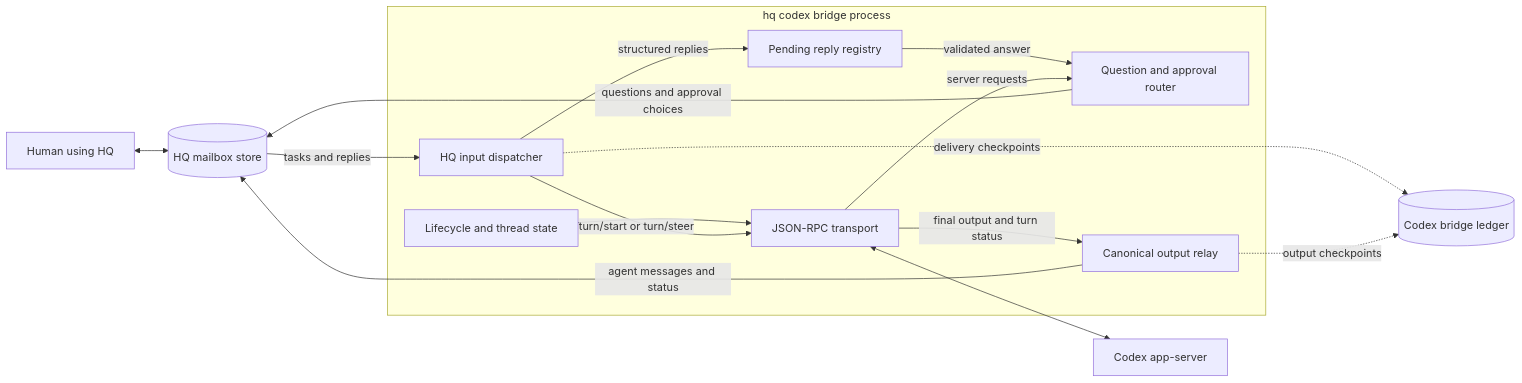
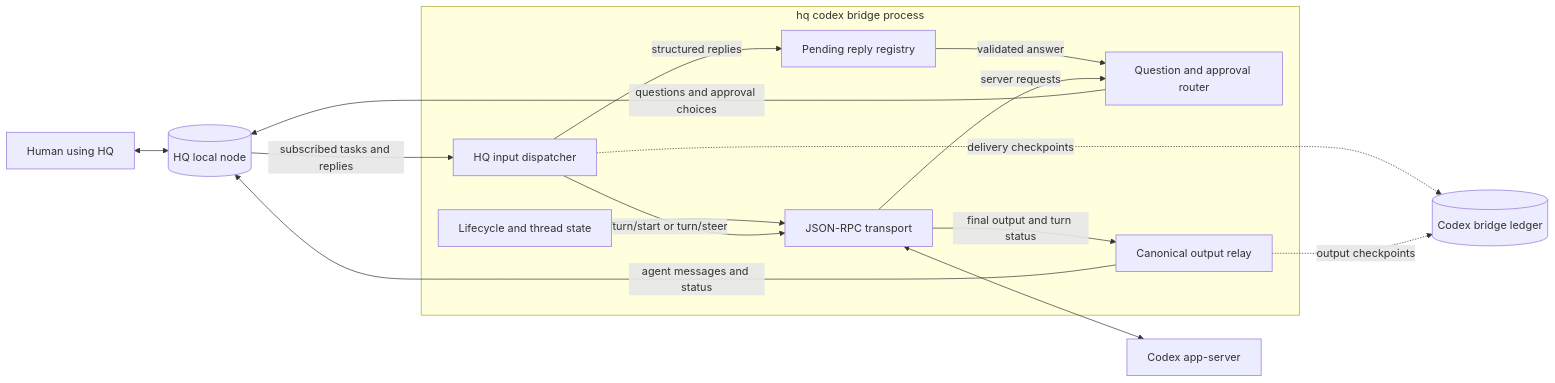
The diagram in README.md (wbbradley/hq), drawn with Mermaid before and after one commit. The commit also changed other lines of this file and 10 other files, not shown here.

Commit message:
feat: complete local node integration

````diff
--- a/README.md
+++ b/README.md
@@ -76,28 +76,28 @@
 ```mermaid
 flowchart LR
-    Human[Human using HQ] <--> Store[(HQ mailbox store)]
+    Human[Human using HQ] <--> Node[(HQ local node)]
 
     subgraph Bridge["hq codex bridge process"]
         Lifecycle[Lifecycle and thread state]
         Dispatcher[HQ input dispatcher]
         Replies[Pending reply registry]
         Requests[Question and approval router]
         Output[Canonical output relay]
         Transport[JSON-RPC transport]
 
         Lifecycle --> Transport
         Dispatcher -->|turn/start or turn/steer| Transport
         Dispatcher -->|structured replies| Replies
         Replies -->|validated answer| Requests
         Transport -->|server requests| Requests
         Transport -->|final output and turn status| Output
     end
 
-    Store -->|tasks and replies| Dispatcher
-    Requests -->|questions and approval choices| Store
-    Output -->|agent messages and status| Store
+    Node -->|subscribed tasks and replies| Dispatcher
+    Requests -->|questions and approval choices| Node
+    Output -->|agent messages and status| Node
     Transport <--> AppServer[Codex app-server]
 
     Dispatcher -.->|delivery checkpoints| Ledger[(Codex bridge ledger)]
     Output -.->|output checkpoints| Ledger
 ```
````
